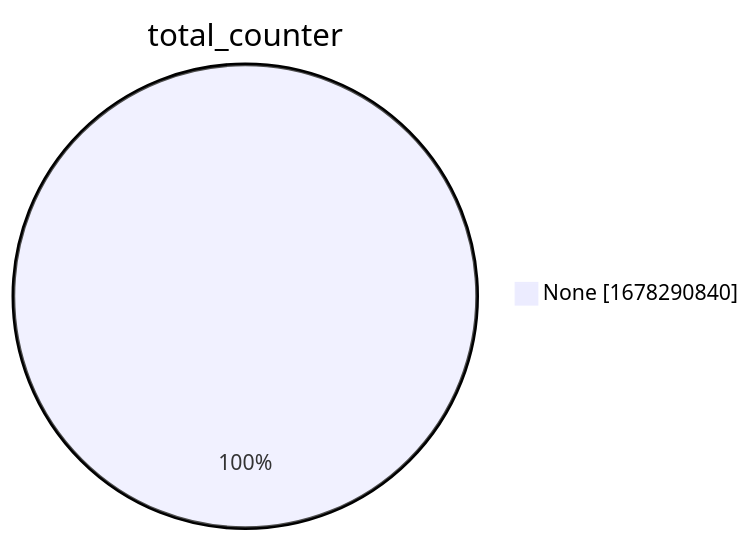
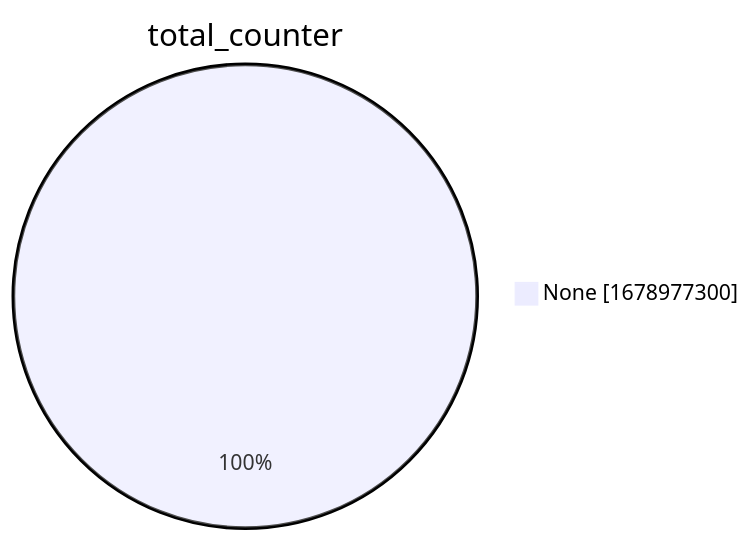
One commit to christiankrug/ctmonitor_visualization changed the second of 15 diagrams in xenon2022/README.md. Above: the diagram before and after it, drawn with Mermaid. The commit also changed other lines of this file, not shown here.

````diff
--- a/xenon2022/README.md
+++ b/xenon2022/README.md
@@ -9,5 +9,5 @@
 ```mermaid
 pie showData
 title total_counter
-"None" :1678290840
+"None" :1678977300
 ```
````
